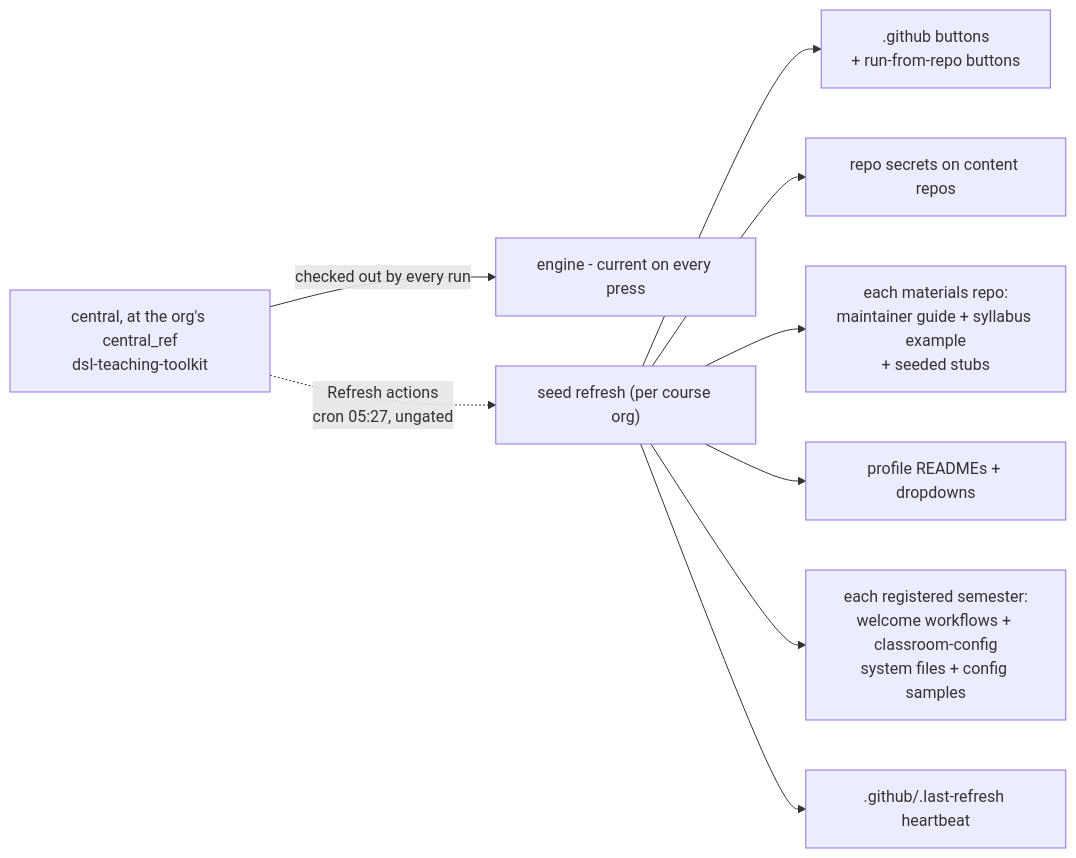
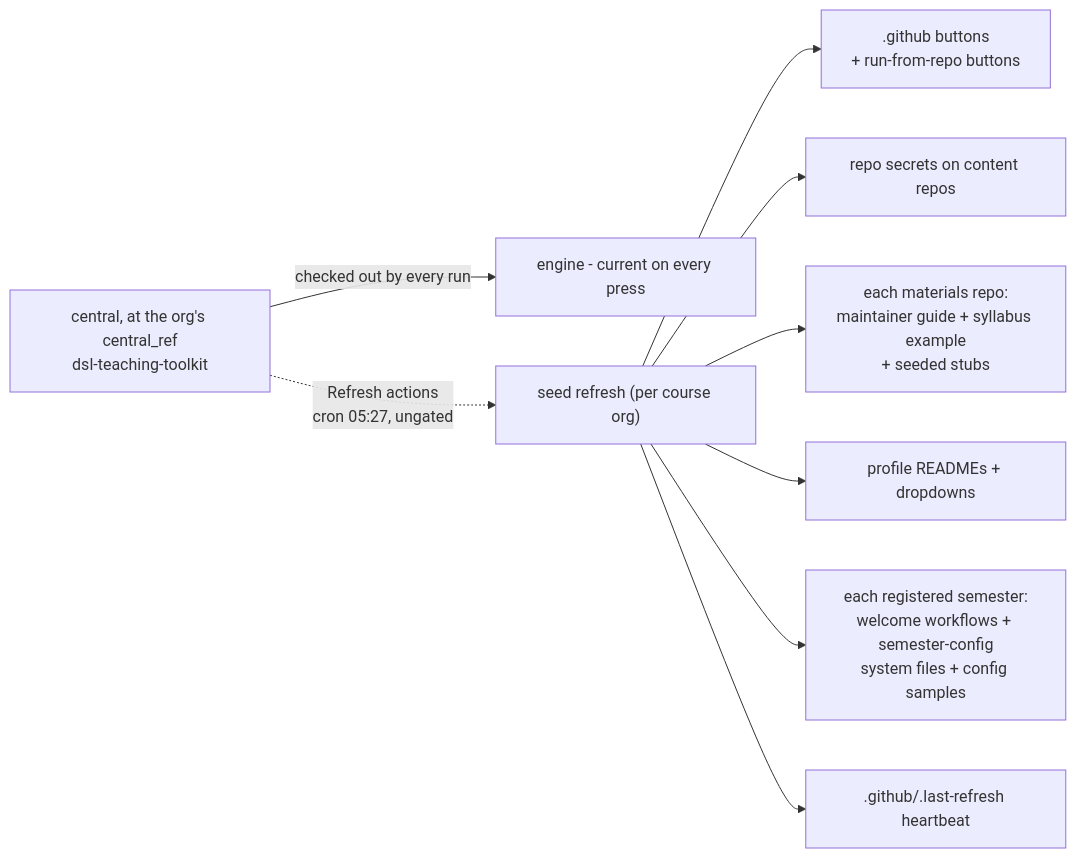
One commit to hertie-data-science-lab/dsl-teaching-toolkit changed the eighth of 10 diagrams in docs-admin-arch/architecture.md. Above: the diagram before and after it, drawn with Mermaid. The commit also changed other lines of this file and 125 other files, not shown here.

Commit message:
refactor(layout): rename classroom-config to semester-config

````diff
--- a/docs-admin-arch/architecture.md
+++ b/docs-admin-arch/architecture.md
@@ -479,19 +479,19 @@
 ```mermaid
 flowchart LR
   c["`central, at the org's central_ref
 dsl-teaching-toolkit`"]
   c -->|"checked out by every run"| eng["engine - current on every press"]
   c -.->|"`Refresh actions
 cron 05:27, ungated`"| sr["seed refresh (per course org)"]
   sr --> w["`.github buttons
 + run-from-repo buttons`"]
   sr --> sec["repo secrets on content repos"]
   sr --> sys["`each materials repo:
 maintainer guide + syllabus example
 + seeded stubs`"]
   sr --> pr["profile READMEs + dropdowns"]
   sr --> coh["`each registered semester:
-welcome workflows + classroom-config
+welcome workflows + semester-config
 system files + config samples`"]
   sr --> hb[".github/.last-refresh heartbeat"]
 ```
````
